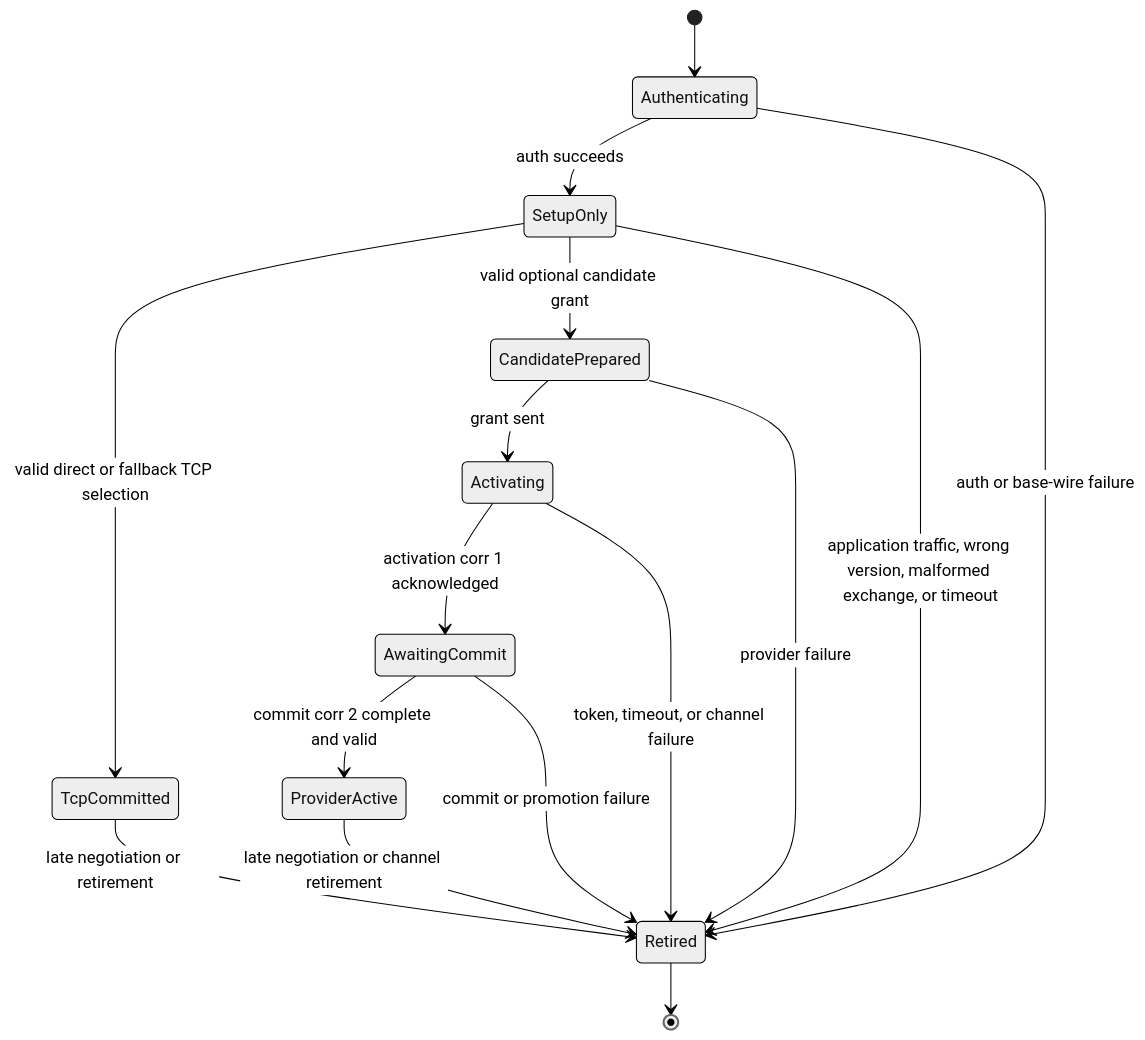
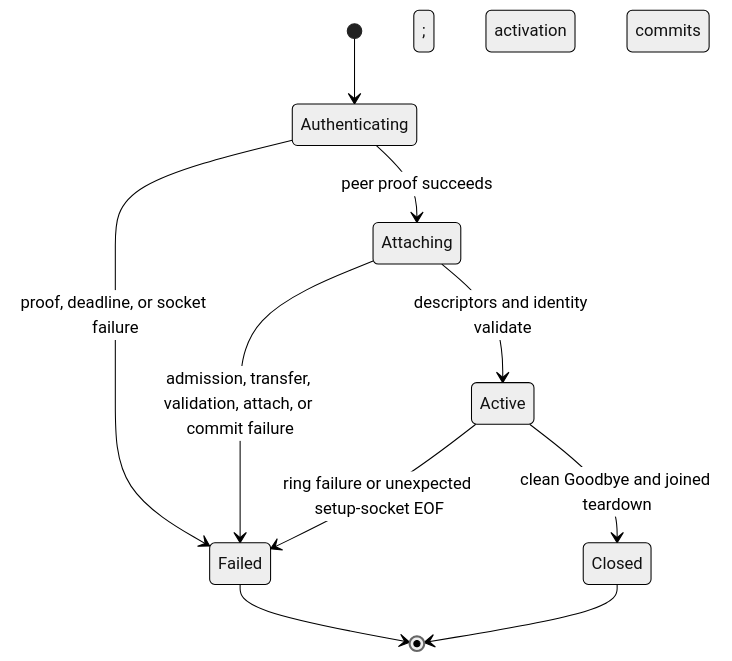
One commit to ahrav/magic-context changed the third of 6 diagrams in docs/mc-host-wire-protocol.md. Above: the diagram before and after it, drawn with Mermaid (neutral theme). The commit also changed other lines of this file and 37 other files, not shown here.

Commit message:
refactor(shm): enforce ring-only architecture

````diff
--- a/docs/mc-host-wire-protocol.md
+++ b/docs/mc-host-wire-protocol.md
@@ -653,18 +565,12 @@
 ```mermaid
 stateDiagram-v2
   [*] --> Authenticating
-  Authenticating --> SetupOnly: auth succeeds
-  Authenticating --> Retired: auth or base-wire failure
-  SetupOnly --> TcpCommitted: valid direct or fallback TCP selection
-  SetupOnly --> CandidatePrepared: valid optional candidate grant
-  SetupOnly --> Retired: application traffic, wrong version, malformed exchange, or timeout
-  CandidatePrepared --> Activating: grant sent
-  CandidatePrepared --> Retired: provider failure
-  Activating --> AwaitingCommit: activation corr 1 acknowledged
-  Activating --> Retired: token, timeout, or channel failure
-  AwaitingCommit --> ProviderActive: commit corr 2 complete and valid
-  AwaitingCommit --> Retired: commit or promotion failure
-  TcpCommitted --> Retired: late negotiation or retirement
-  ProviderActive --> Retired: late negotiation or channel retirement
-  Retired --> [*]
+  Authenticating --> Attaching: peer proof succeeds
+  Authenticating --> Failed: proof, deadline, or socket failure
+  Attaching --> Active: descriptors and identity validate; activation commits
+  Attaching --> Failed: admission, transfer, validation, attach, or commit failure
+  Active --> Closed: clean Goodbye and joined teardown
+  Active --> Failed: ring failure or unexpected setup-socket EOF
+  Failed --> [*]
+  Closed --> [*]
 ```
````
